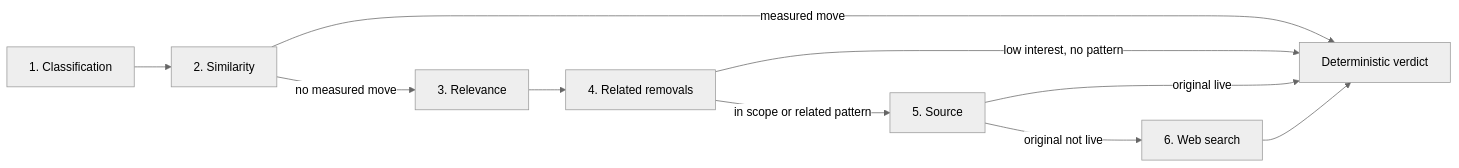
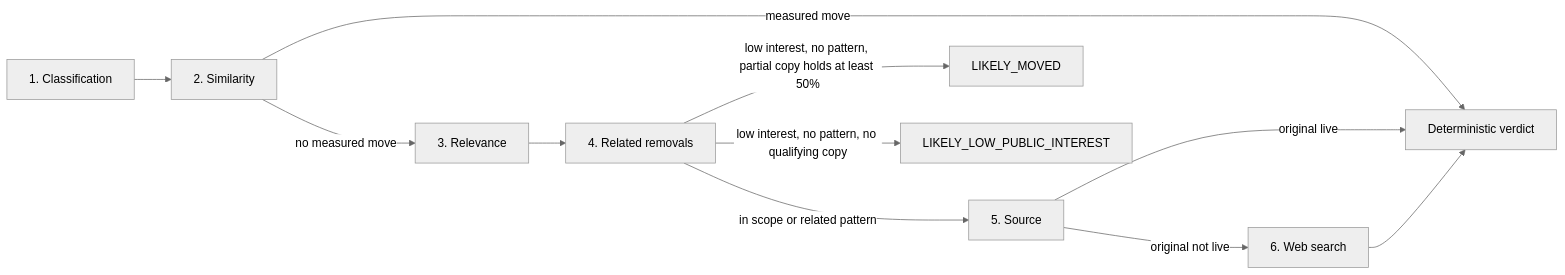
The second of 2 diagrams in docs/architecture.md (karakutu-xyz/karakutu-ai-audit), drawn with Mermaid (neutral theme) before and after one commit. The commit also changed other lines of this file and 8 other files, not shown here.

First line of the commit message:
Keep a measured same-publisher copy at the low-interest exit

````diff
--- a/docs/architecture.md
+++ b/docs/architecture.md
@@ -77,12 +77,13 @@
 ```mermaid
 flowchart LR
     C[1. Classification] --> S[2. Similarity]
     S -->|no measured move| R[3. Relevance]
     R --> RR[4. Related removals]
     RR -->|in scope or related pattern| O[5. Source]
     O -->|original not live| W[6. Web search]
     S -->|measured move| D[Deterministic verdict]
-    RR -->|low interest, no pattern| D
+    RR -->|low interest, no pattern, partial copy holds at least 50%| LM[LIKELY_MOVED]
+    RR -->|low interest, no pattern, no qualifying copy| LI[LIKELY_LOW_PUBLIC_INTEREST]
     O -->|original live| D
     W --> D
 ```
````
